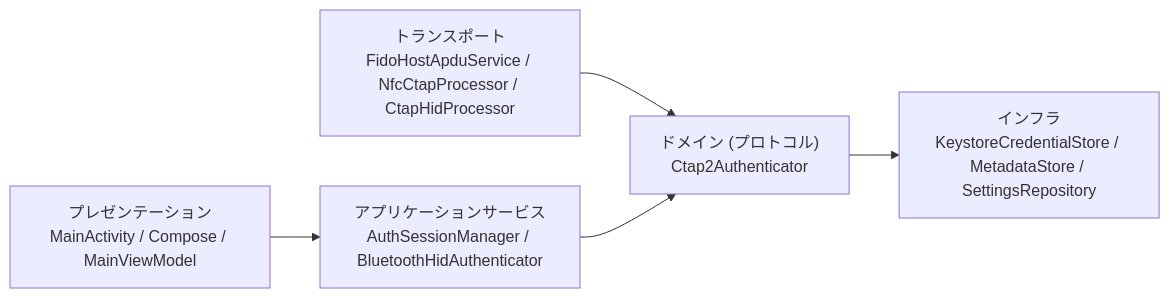
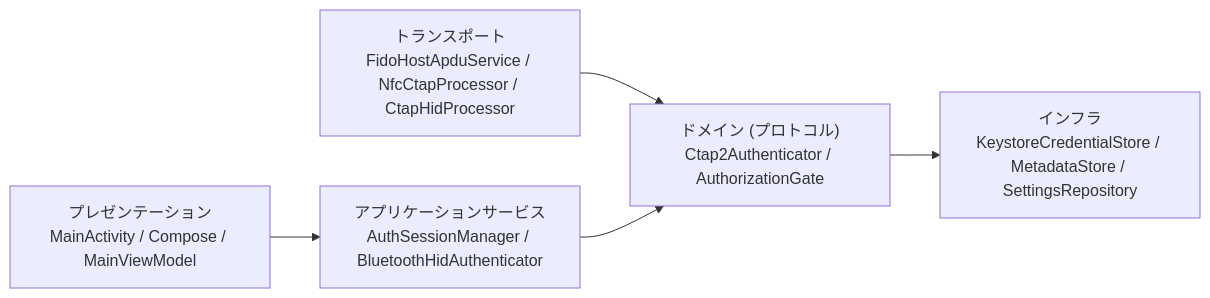
One commit to tecogonaz0439/TCAndroidKey changed the second of 2 diagrams in docs/design/basic/03_architecture.md. Above: the diagram before and after it, drawn with Mermaid. The commit also changed other lines of this file and 19 other files, not shown here.

````diff
--- a/docs/design/basic/03_architecture.md
+++ b/docs/design/basic/03_architecture.md
@@ -66,7 +68,7 @@
 ```mermaid
 flowchart LR
     P["プレゼンテーション<br/>MainActivity / Compose / MainViewModel"] --> S["アプリケーションサービス<br/>AuthSessionManager / BluetoothHidAuthenticator"]
-    T["トランスポート<br/>FidoHostApduService / NfcCtapProcessor / CtapHidProcessor"] --> D["ドメイン (プロトコル)<br/>Ctap2Authenticator"]
+    T["トランスポート<br/>FidoHostApduService / NfcCtapProcessor / CtapHidProcessor"] --> D["ドメイン (プロトコル)<br/>Ctap2Authenticator / AuthorizationGate"]
     S --> D
     D --> I["インフラ<br/>KeystoreCredentialStore / MetadataStore / SettingsRepository"]
 ```
````
